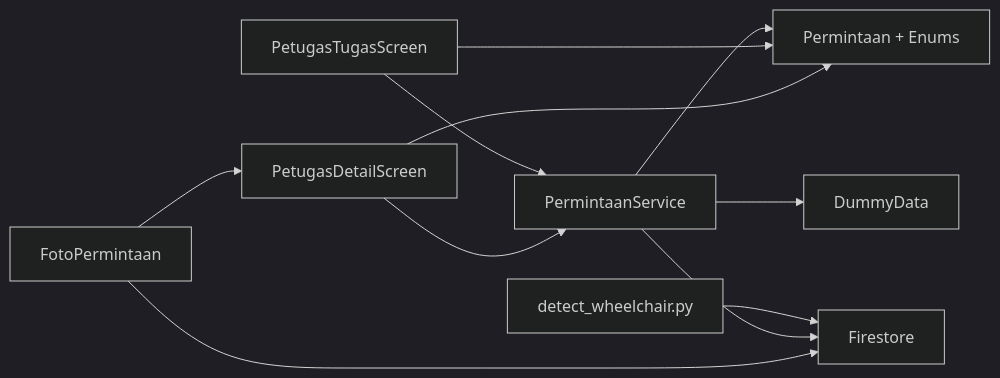
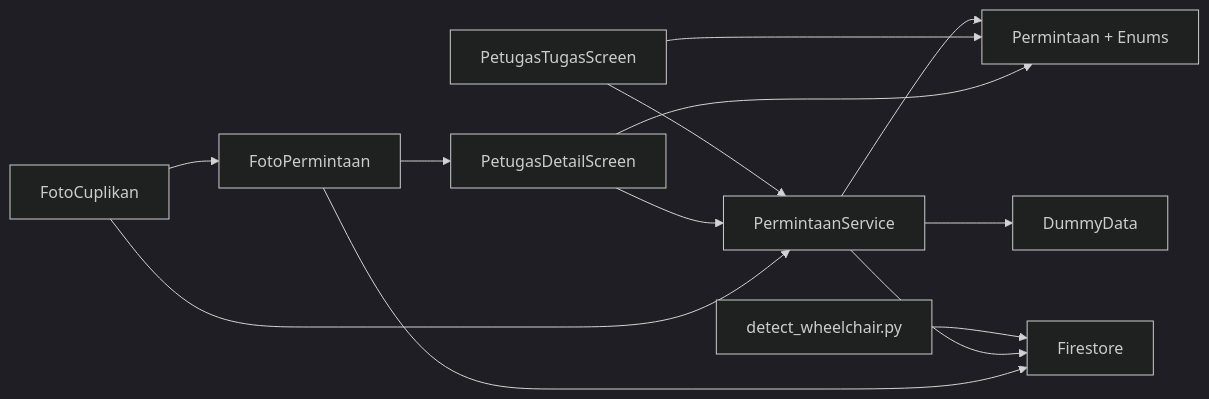
Before and after one commit to rdsarjito/whoosh-ramah: diagram 11 of 11 in .qoder/repowiki/en/content/Mobile Application/Staff Workflow/Staff Workflow.md, drawn with Mermaid (dark theme). The commit also changed other lines of this file and 18 other files, not shown here.

````diff
--- a/.qoder/repowiki/en/content/Mobile Application/Staff Workflow/Staff Workflow.md
+++ b/.qoder/repowiki/en/content/Mobile Application/Staff Workflow/Staff Workflow.md
@@ -684,13 +820,15 @@
 ```mermaid
 graph LR
 TaskList["PetugasTugasScreen"] --> Service["PermintaanService"]
 Detail["PetugasDetailScreen"] --> Service
 Service --> Model["Permintaan + Enums"]
 Service --> Dummy["DummyData"]
 Detector["detect_wheelchair.py"] --> Firestore["Firestore"]
 Service --> Firestore
 TaskList --> Model
 Detail --> Model
 PhotoModel["FotoPermintaan"] --> Detail
 PhotoModel --> Firestore
+Widget["FotoCuplikan"] --> Service
+Widget --> PhotoModel
 ```
````
